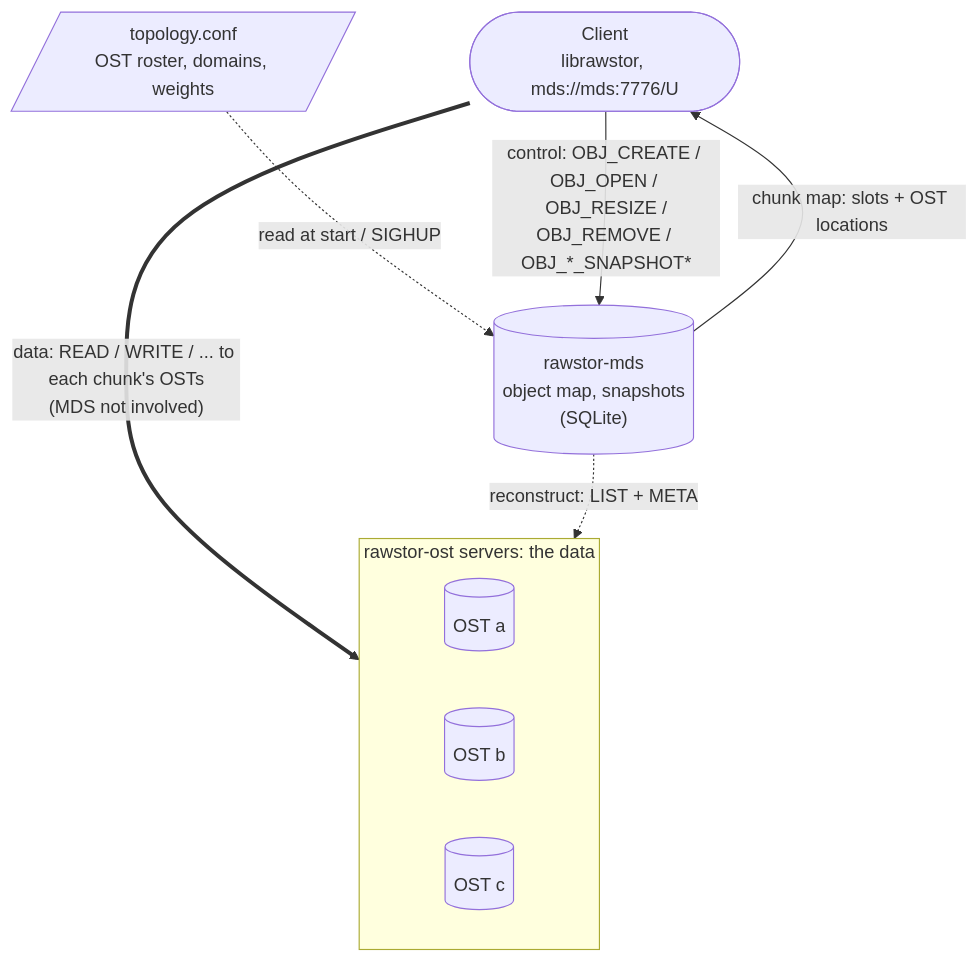
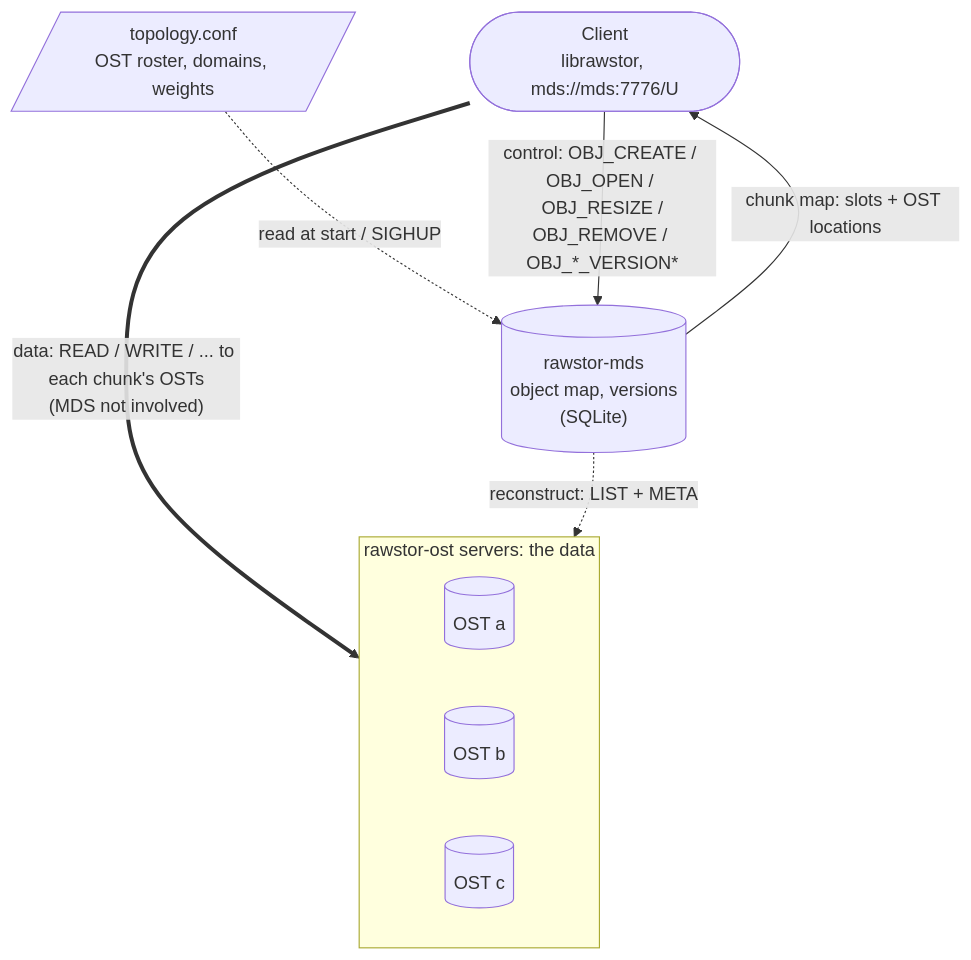
The first of 8 diagrams in docs/mds.md (rawstor/librawstor), drawn with Mermaid before and after one commit. The commit also changed other lines of this file and 60 other files, not shown here.

First line of the commit message:
ref: rename snapshot to version (#658)

````diff
--- a/docs/mds.md
+++ b/docs/mds.md
@@ -58,18 +58,18 @@
 ```mermaid
 flowchart TB
     Client(["Client<br/>librawstor, mds://mds:7776/U"])
-    MDS[("rawstor-mds<br/>object map, snapshots<br/>(SQLite)")]
+    MDS[("rawstor-mds<br/>object map, versions<br/>(SQLite)")]
     Topo[/"topology.conf<br/>OST roster, domains, weights"/]
     subgraph OSTs ["rawstor-ost servers: the data"]
         direction LR
         A[("OST a")]
         B[("OST b")]
         C[("OST c")]
     end
 
     Topo -. "read at start / SIGHUP" .-> MDS
-    Client -- "control: OBJ_CREATE / OBJ_OPEN / OBJ_RESIZE /<br/>OBJ_REMOVE / OBJ_*_SNAPSHOT*" --> MDS
+    Client -- "control: OBJ_CREATE / OBJ_OPEN / OBJ_RESIZE /<br/>OBJ_REMOVE / OBJ_*_VERSION*" --> MDS
     MDS -- "chunk map: slots + OST locations" --> Client
     Client == "data: READ / WRITE / ... to each chunk's OSTs<br/>(MDS not involved)" ==> OSTs
     MDS -. "reconstruct: LIST + META" .-> OSTs
 ```
````
